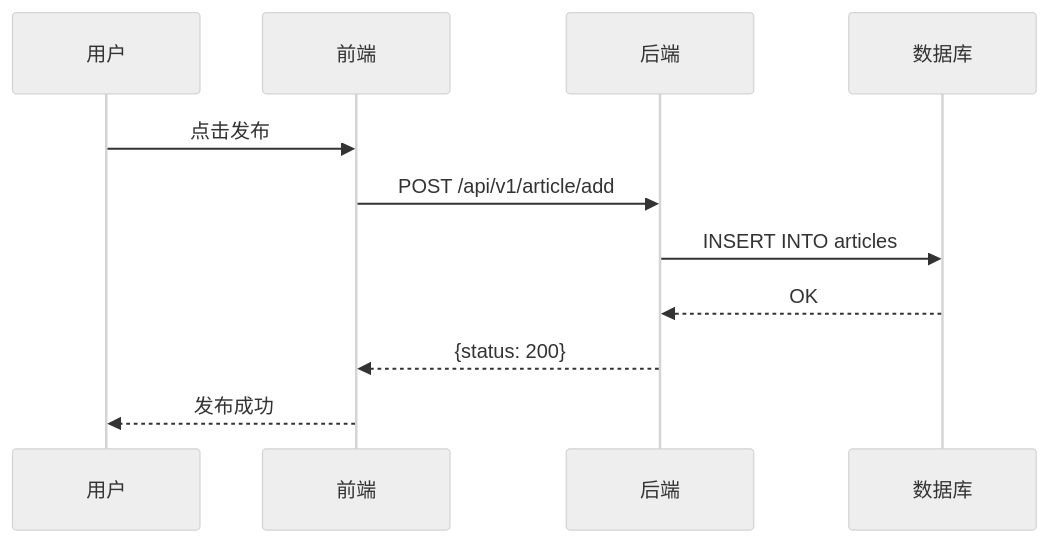
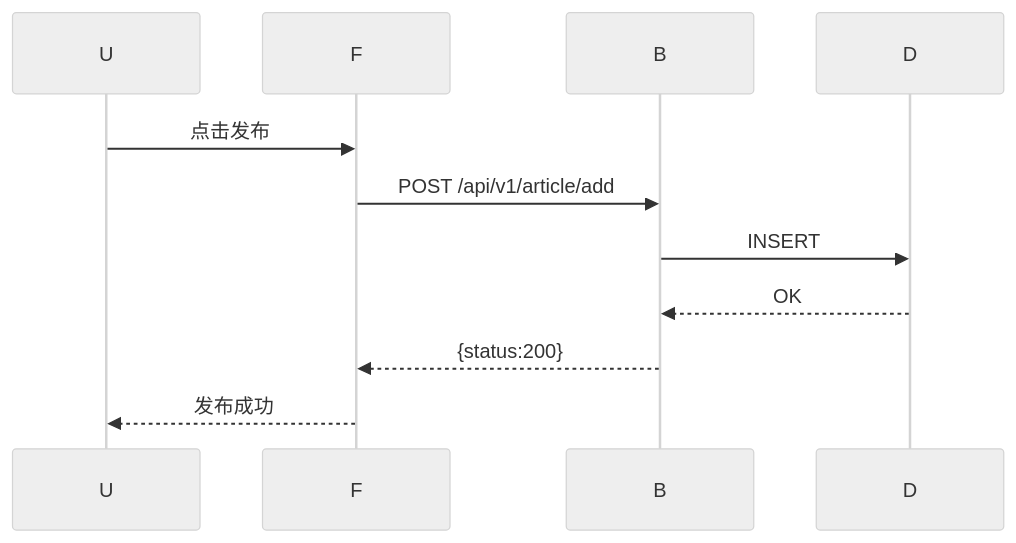
The second of 2 diagrams in web/frontend/public/static/demo-article.md (yaanlaan/yanblog), drawn with Mermaid (neutral theme) before and after one commit. The commit also changed other lines of this file and 1 other file, not shown here.

````diff
--- a/web/frontend/public/static/demo-article.md
+++ b/web/frontend/public/static/demo-article.md
@@ -140,14 +89,9 @@
 ```mermaid
 sequenceDiagram
-    participant U as 用户
-    participant F as 前端
-    participant B as 后端
-    participant D as 数据库
-
     U->>F: 点击发布
     F->>B: POST /api/v1/article/add
-    B->>D: INSERT INTO articles
+    B->>D: INSERT
     D-->>B: OK
-    B-->>F: {status: 200}
+    B-->>F: {status:200}
     F-->>U: 发布成功
 ```
````
